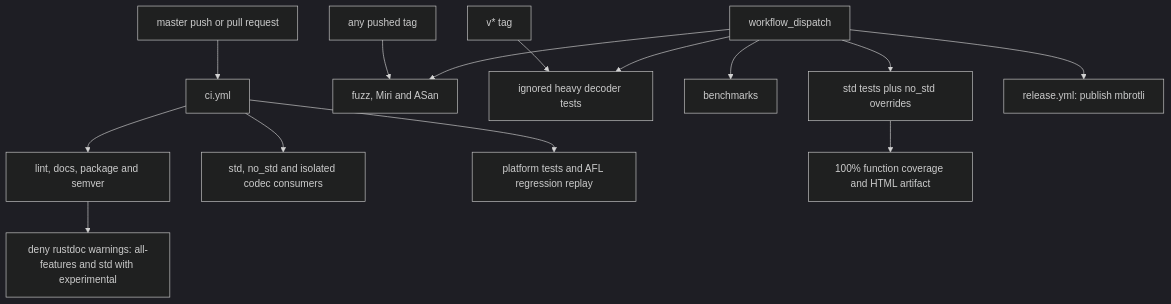
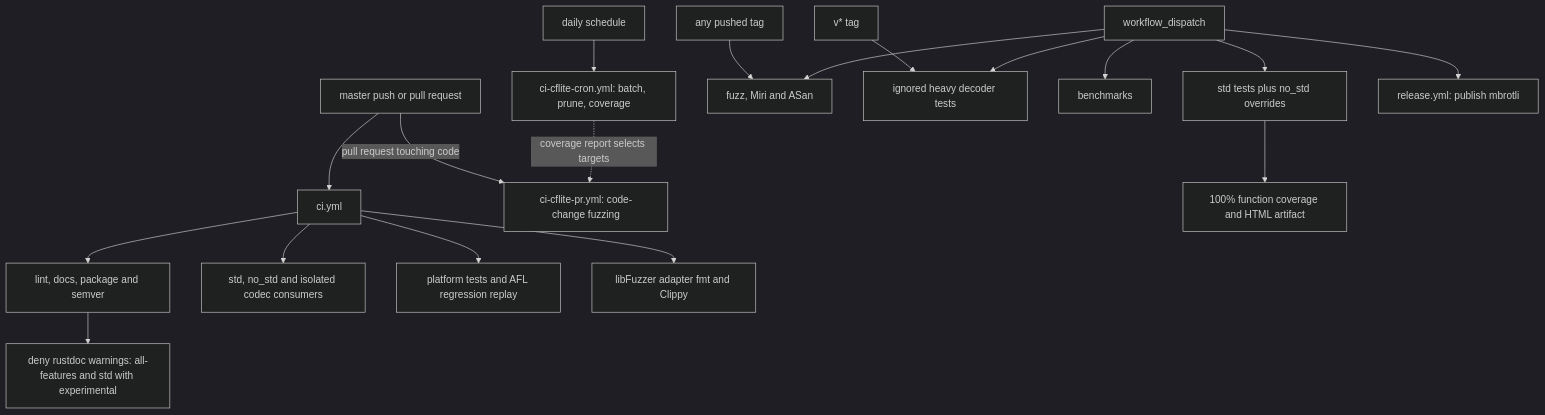
Before and after one commit to M-Compressors/mbrotli: the first of 4 diagrams in architecture/ci.md, drawn with Mermaid (dark theme). The commit also changed other lines of this file and 42 other files, not shown here.

Commit message:
Add lib fuzzer

````diff
--- a/architecture/ci.md
+++ b/architecture/ci.md
@@ -20,16 +22,20 @@
 ```mermaid
 flowchart TD
     Branch[master push or pull request] --> Routine[ci.yml]
     Routine --> Build[lint, docs, package and semver]
     Build --> Docs[deny rustdoc warnings: all-features and std with experimental]
     Routine --> Features[std, no_std and isolated codec consumers]
     Routine --> Tests[platform tests and AFL regression replay]
+    Routine --> LibFuzzer[libFuzzer adapter fmt and Clippy]
+    Branch -->|pull request touching code| CFPR[ci-cflite-pr.yml: code-change fuzzing]
+    Daily[daily schedule] --> CFCron[ci-cflite-cron.yml: batch, prune, coverage]
+    CFCron -. coverage report selects targets .-> CFPR
     Tag[any pushed tag] --> HeavyTools[fuzz, Miri and ASan]
     Release[v* tag] --> Decoder[ignored heavy decoder tests]
     Manual[workflow_dispatch] --> HeavyTools
     Manual --> Decoder
     Manual --> Bench[benchmarks]
     Manual --> Coverage[std tests plus no_std overrides]
     Manual --> Publish[release.yml: publish mbrotli]
     Coverage --> Gate[100% function coverage and HTML artifact]
 ```
````
